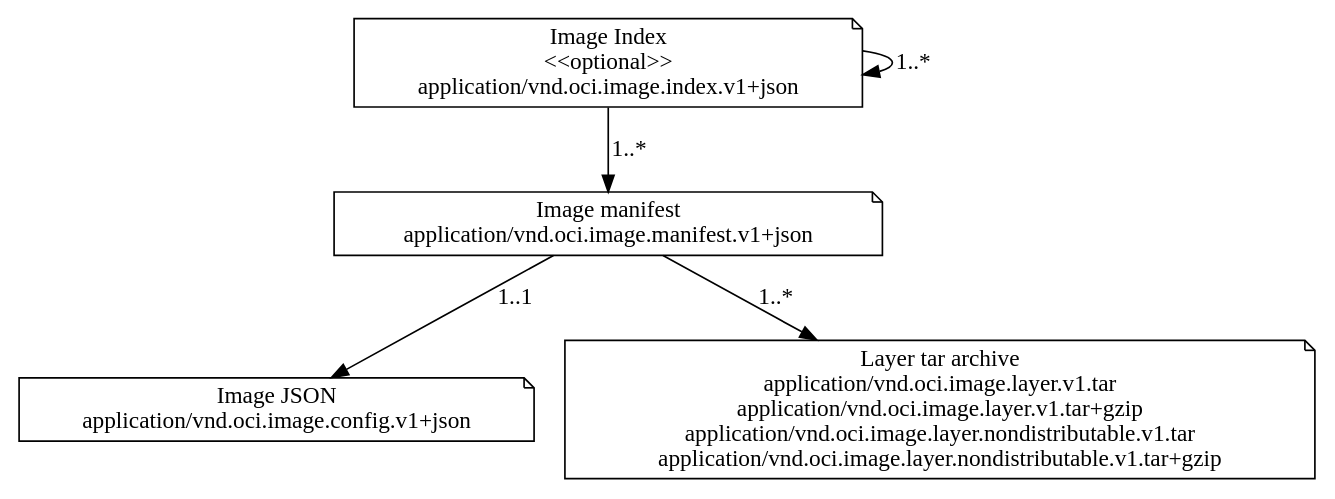
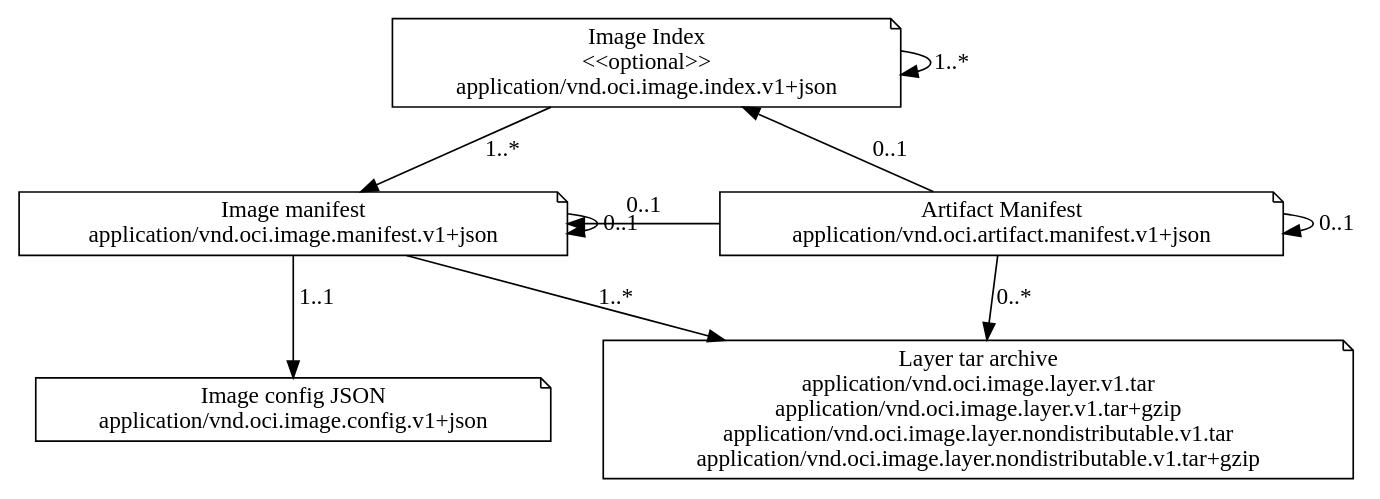
One commit to opencontainers/image-spec changed the diagram in img/media-types.dot. Above: the diagram before and after it, drawn with Graphviz. The commit also changed 3 other files, not shown here.

```diff
--- a/img/media-types.dot
+++ b/img/media-types.dot
@@ -1,13 +1,22 @@
 digraph G {
   {
     imageIndex [shape=note, label="Image Index\n<<optional>>\napplication/vnd.oci.image.index.v1+json"]
-    manifest [shape=note, label="Image manifest\napplication/vnd.oci.image.manifest.v1+json"]
-    config [shape=note, label="Image JSON\napplication/vnd.oci.image.config.v1+json"]
+    {
+      rank=same
+      manifest [shape=note, label="Image manifest\napplication/vnd.oci.image.manifest.v1+json"]
+      artifact [shape=note, label="Artifact Manifest\napplication/vnd.oci.artifact.manifest.v1+json"]
+    }
+    config [shape=note, label="Image config JSON\napplication/vnd.oci.image.config.v1+json"]
     layer [shape=note, label="Layer tar archive\napplication/vnd.oci.image.layer.v1.tar\napplication/vnd.oci.image.layer.v1.tar+gzip\napplication/vnd.oci.image.layer.nondistributable.v1.tar\napplication/vnd.oci.image.layer.nondistributable.v1.tar+gzip"]
   }
 
   imageIndex -> imageIndex [label="1..*"]
   imageIndex -> manifest [label="1..*"]
   manifest -> config [label="1..1"]
   manifest -> layer [label="1..*"]
+  artifact -> manifest [label="0..1"] [constraint = false];
+  artifact -> artifact [label="0..1"];
+  manifest -> manifest [label="0..1"];
+  artifact -> imageIndex [label="0..1"]
+  artifact -> layer[label="0..*"]
 }
```
